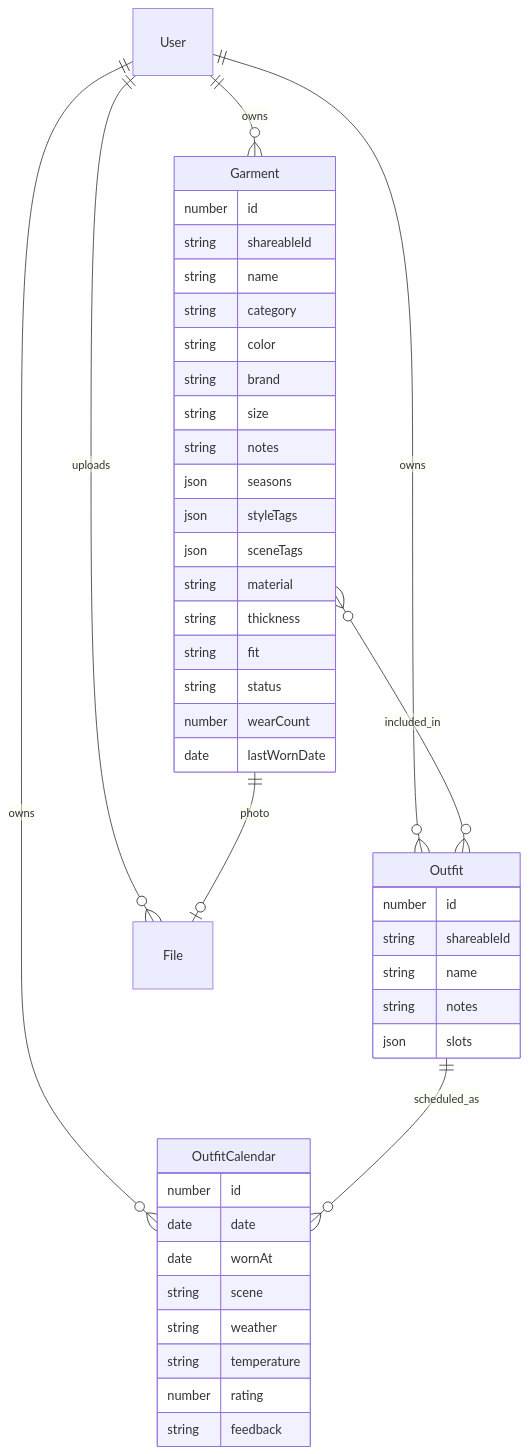
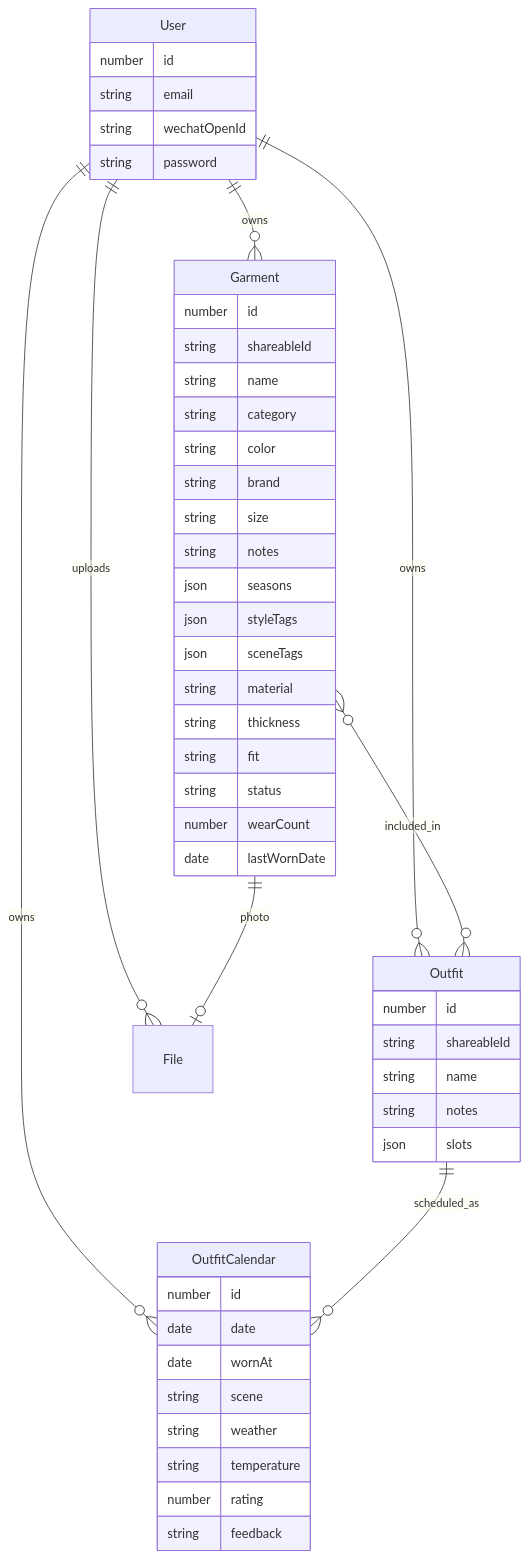
The third of 6 diagrams in docs/ARCHITECTURE_HANDOFF.md (kunkunzi996/AI-wardrobe-libre-closet), drawn with Mermaid before and after one commit. The commit also changed other lines of this file and 16 other files, not shown here.

````diff
--- a/docs/ARCHITECTURE_HANDOFF.md
+++ b/docs/ARCHITECTURE_HANDOFF.md
@@ -140,49 +149,56 @@
 ```mermaid
 erDiagram
   User ||--o{ Garment : owns
   User ||--o{ Outfit : owns
   User ||--o{ OutfitCalendar : owns
   User ||--o{ File : uploads
   Garment ||--o| File : photo
   Garment }o--o{ Outfit : included_in
   Outfit ||--o{ OutfitCalendar : scheduled_as
+
+  User {
+    number id
+    string email
+    string wechatOpenId
+    string password
+  }
 
   Garment {
     number id
     string shareableId
     string name
     string category
     string color
     string brand
     string size
     string notes
     json seasons
     json styleTags
     json sceneTags
     string material
     string thickness
     string fit
     string status
     number wearCount
     date lastWornDate
   }
 
   Outfit {
     number id
     string shareableId
     string name
     string notes
     json slots
   }
 
   OutfitCalendar {
     number id
     date date
     date wornAt
     string scene
     string weather
     string temperature
     number rating
     string feedback
   }
 ```
````
